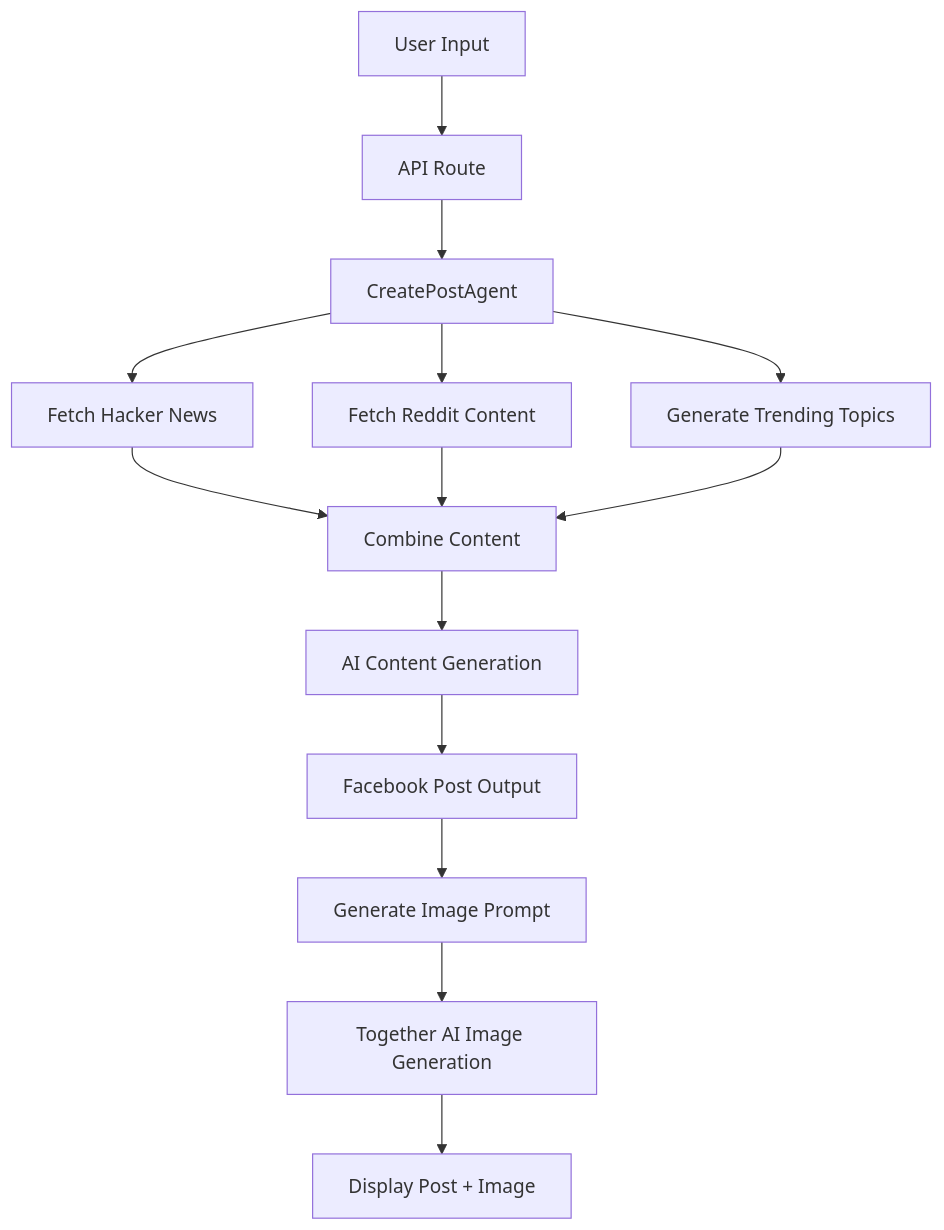
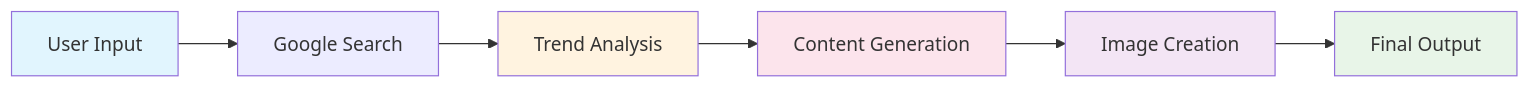
The diagram in README.md (shahriar-ridom/abcd-automation), drawn with Mermaid before and after one commit. The commit also changed other lines of this file and 11 other files, not shown here.

````diff
--- a/README.md
+++ b/README.md
@@ -81,16 +164,14 @@
 ```mermaid
-graph TD
-    A[User Input] --> B[API Route]
-    B --> C[CreatePostAgent]
-    C --> D[Fetch Hacker News]
-    C --> E[Fetch Reddit Content]
-    C --> F[Generate Trending Topics]
-    D --> G[Combine Content]
-    E --> G
-    F --> G
-    G --> H[AI Content Generation]
-    H --> I[Facebook Post Output]
-    I --> J[Generate Image Prompt]
-    J --> K[Together AI Image Generation]
-    K --> L[Display Post + Image]
+graph LR
+    A[User Input] --> B[Google Search]
+    B --> C[Trend Analysis]
+    C --> D[Content Generation]
+    D --> E[Image Creation]
+    E --> F[Final Output]
+
+    style A fill:#e1f5fe
+    style F fill:#e8f5e8
+    style C fill:#fff3e0
+    style D fill:#fce4ec
+    style E fill:#f3e5f5
 ```
````
